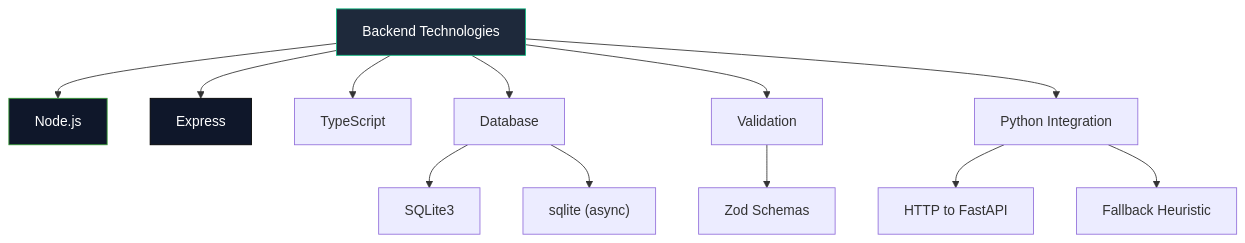
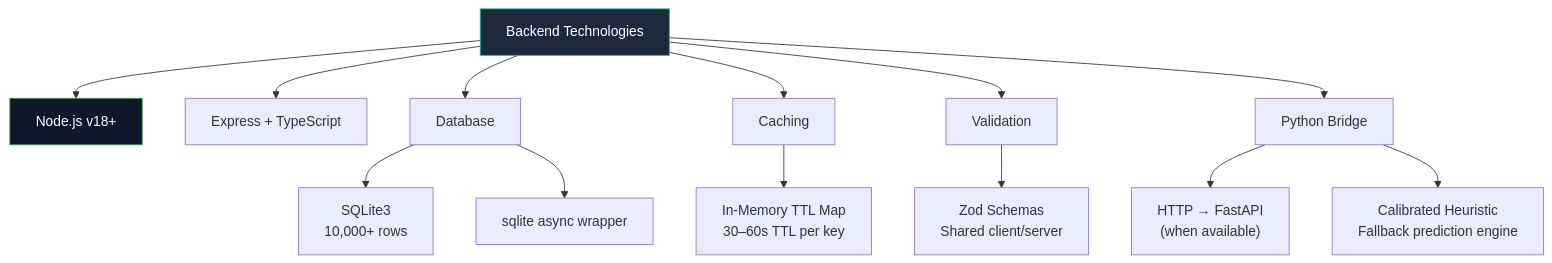
The seventh of 15 diagrams in README.md (vengeance0112/Campus-Intel---Hackathon-3), drawn with Mermaid before and after one commit. The commit also changed other lines of this file, not shown here.

````diff
--- a/README.md
+++ b/README.md
@@ -297,21 +362,22 @@
 ```mermaid
 graph TD
-    A["Backend Technologies"] --> B["Node.js"]
-    A --> C["Express"]
-    A --> D["TypeScript"]
-    
-    A --> E["Database"]
-    E --> E1["SQLite3"]
-    E --> E2["sqlite (async)"]
-    
+    A["Backend Technologies"] --> B["Node.js v18+"]
+    A --> C["Express + TypeScript"]
+
+    A --> D["Database"]
+    D --> D1["SQLite3\n10,000+ rows"]
+    D --> D2["sqlite async wrapper"]
+
+    A --> E["Caching"]
+    E --> E1["In-Memory TTL Map\n30–60s TTL per key"]
+
     A --> F["Validation"]
-    F --> F1["Zod Schemas"]
-    
-    A --> G["Python Integration"]
-    G --> G1["HTTP to FastAPI"]
-    G --> G2["Fallback Heuristic"]
-    
+    F --> F1["Zod Schemas\nShared client/server"]
+
+    A --> G["Python Bridge"]
+    G --> G1["HTTP → FastAPI\n(when available)"]
+    G --> G2["Calibrated Heuristic\nFallback prediction engine"]
+
     style A fill:#1e293b,stroke:#10b981,color:#fff
     style B fill:#0f172a,stroke:#339933,color:#fff
-    style C fill:#0f172a,stroke:#000000,color:#fff
 ```
````
